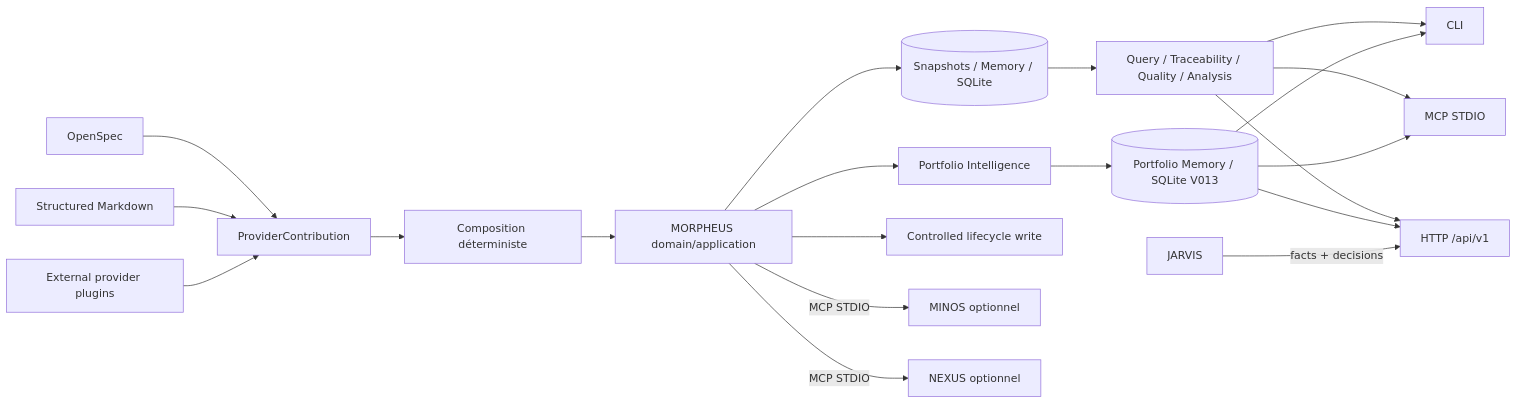
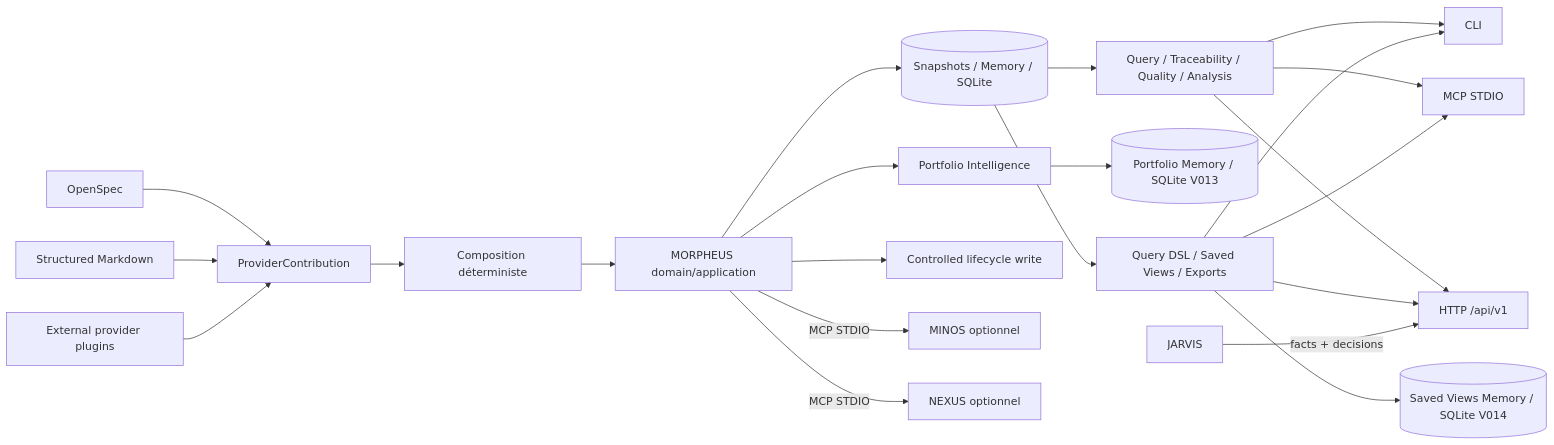
The diagram in docs/README.md (FTurleque/morpheus-engine), drawn with Mermaid before and after one commit. The commit also changed other lines of this file, not shown here.

````diff
--- a/docs/README.md
+++ b/docs/README.md
@@ -61,22 +65,24 @@
 ```mermaid
 flowchart LR
     O[OpenSpec] --> PC[ProviderContribution]
     MD[Structured Markdown] --> PC
     XP[External provider plugins] --> PC
     PC --> C[Composition déterministe]
     C --> M[MORPHEUS domain/application]
     M --> S[(Snapshots / Memory / SQLite)]
     S --> Q[Query / Traceability / Quality / Analysis]
     M --> P[Portfolio Intelligence]
     P --> PS[(Portfolio Memory / SQLite V013)]
+    S --> D[Query DSL / Saved Views / Exports]
+    D --> SV[(Saved Views Memory / SQLite V014)]
     Q --> CLI[CLI]
+    D --> CLI
     Q --> MCP[MCP STDIO]
+    D --> MCP
     Q --> API[HTTP /api/v1]
-    PS --> CLI
-    PS --> MCP
-    PS --> API
+    D --> API
     M --> W[Controlled lifecycle write]
     M -->|MCP STDIO| MINOS[MINOS optionnel]
     M -->|MCP STDIO| NEXUS[NEXUS optionnel]
     J[JARVIS] -->|facts + decisions| API
 ```
````
